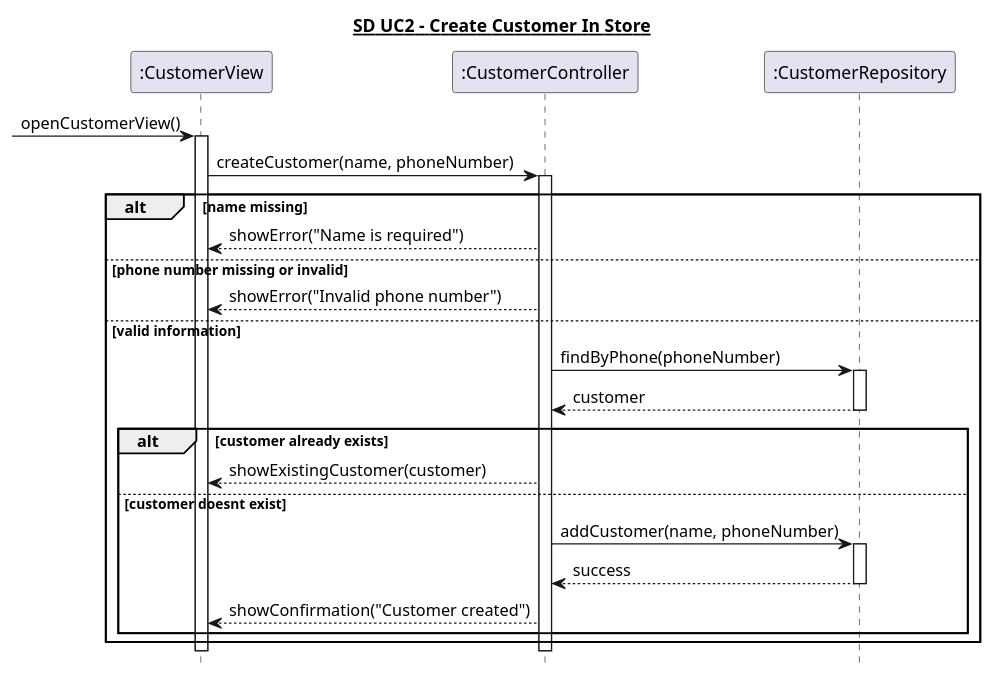
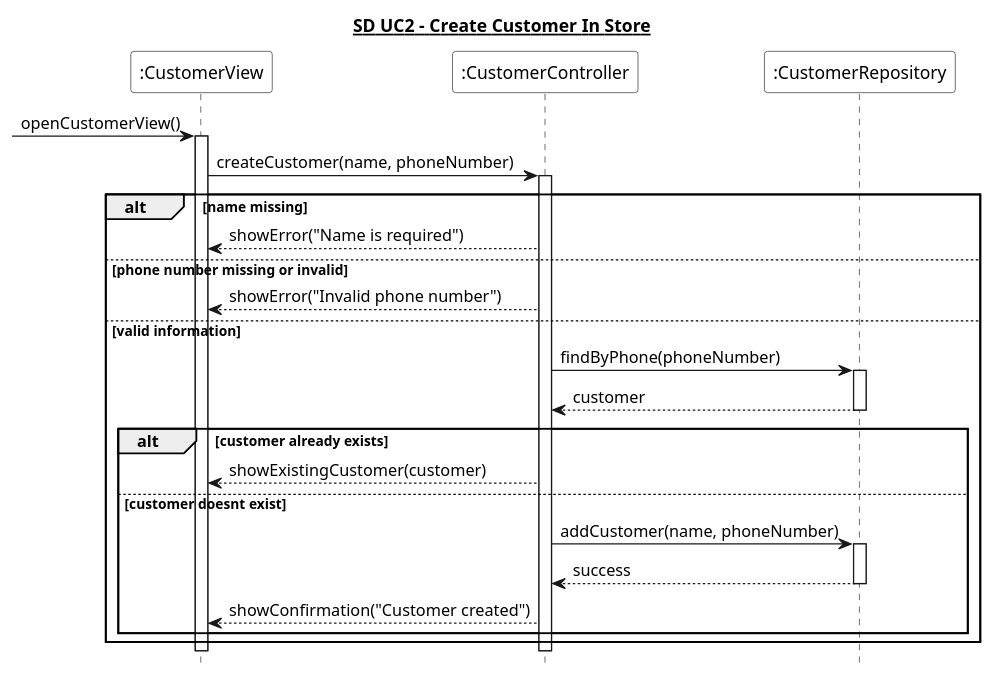
Before and after one commit to Zoabz/Getting-Real: the diagram in 6. Sekvens Diagrammer/UC2_opret_kunde.puml, drawn with PlantUML. The commit also changed 8 other files, not shown here.

```diff
--- a/6. Sekvens Diagrammer/UC2_opret_kunde.puml
+++ b/6. Sekvens Diagrammer/UC2_opret_kunde.puml
@@ -1,43 +1,43 @@
 @startuml
 hide footbox
 title <U>SD UC2 - Create Customer In Store</U>
 
-participant ":CustomerView" as View
-participant ":CustomerController" as Controller
-participant ":CustomerRepository" as Repository
+participant ":CustomerView" as View #White
+participant ":CustomerController" as Controller #White
+participant ":CustomerRepository" as Repository #White
 
 [-> View : openCustomerView()
 activate View
 
 View -> Controller : createCustomer(name, phoneNumber)
 activate Controller
 
 alt name missing
     Controller --> View : showError("Name is required")
 
 else phone number missing or invalid
     Controller --> View : showError("Invalid phone number")
 
 else valid information
     Controller -> Repository : findByPhone(phoneNumber)
     activate Repository
     Repository --> Controller : customer
     deactivate Repository
 
     alt customer already exists
         Controller --> View : showExistingCustomer(customer)
 
     else customer doesnt exist
         Controller -> Repository : addCustomer(name, phoneNumber)
         activate Repository
         Repository --> Controller : success
         deactivate Repository
 
         Controller --> View : showConfirmation("Customer created")
     end
 end
 
 deactivate Controller
 deactivate View
 
 @enduml
```
